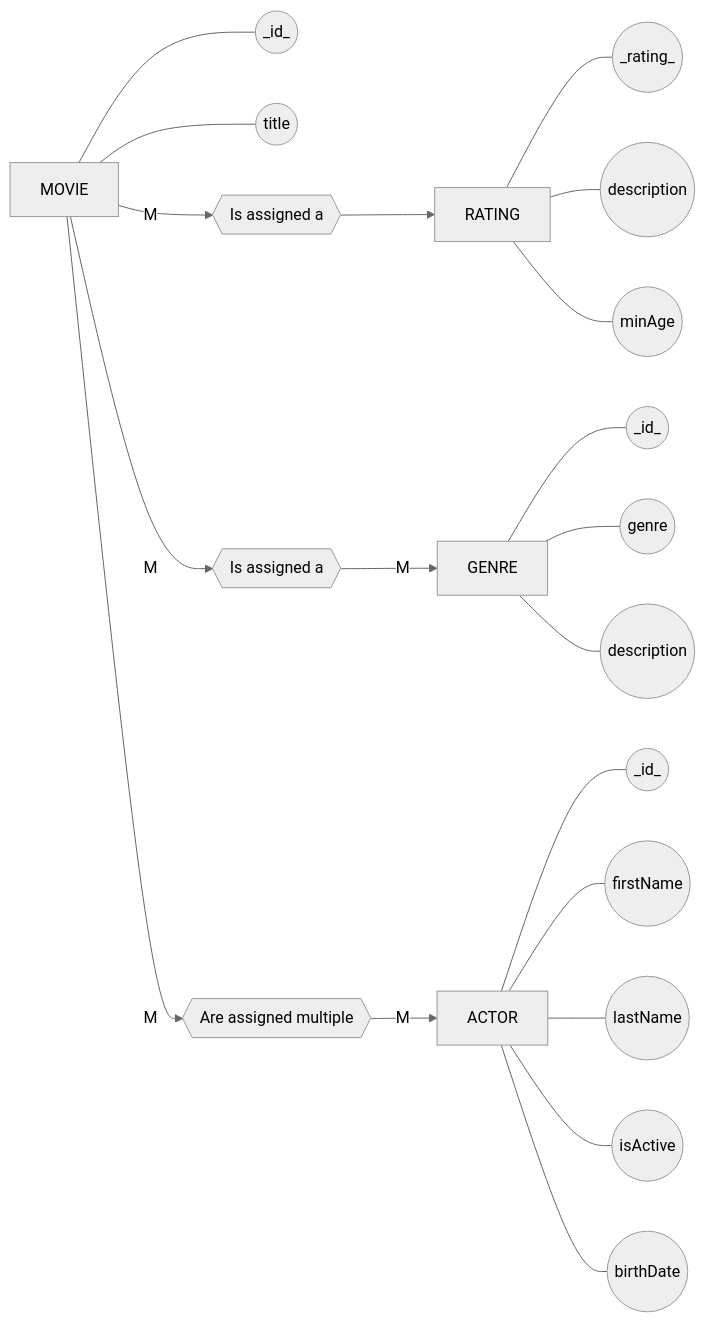
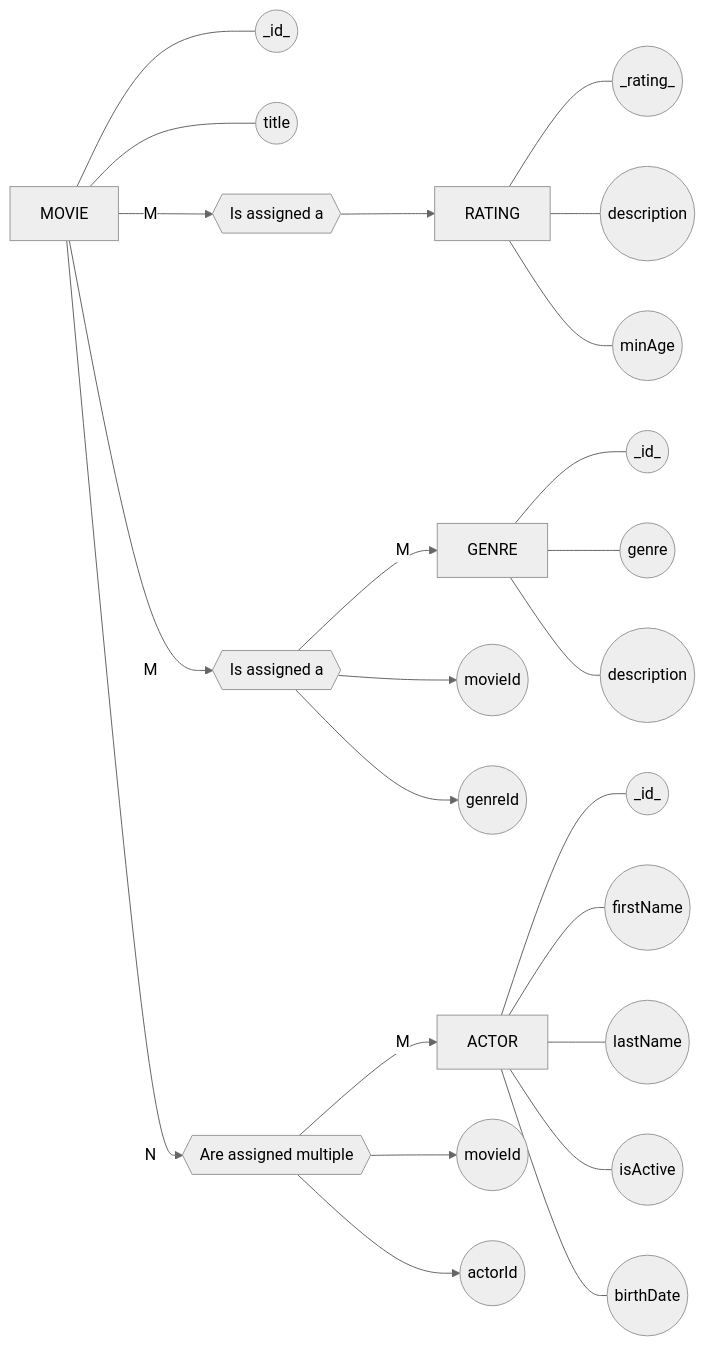
Before and after one commit to tnichols217/notes: the sixth of 6 diagrams in CSDS 341 - Intro to Databases/HW/1/Tables.md, drawn with Mermaid (neutral theme). The commit also changed other lines of this file and 5 other files, not shown here.

````diff
--- a/CSDS 341 - Intro to Databases/HW/1/Tables.md
+++ b/CSDS 341 - Intro to Databases/HW/1/Tables.md
@@ -242,50 +264,54 @@
 ```mermaid
 
 flowchart LR
 
 MOVIE[MOVIE]
 movId((_id_))
 movTitle((title))
 
 MOVIE --- movId
 MOVIE --- movTitle
 
 RATING[RATING]
 ratingRating((_rating_))
 ratingDescription((description))
 ratingMinAge((minAge))
 
 RATING --- ratingRating
 RATING --- ratingDescription
 RATING --- ratingMinAge
 
 GENRE[GENRE]
 genreId((_id_))
 genreGenre((genre))
 genreDescription((description))
 
 GENRE --- genreId
 GENRE --- genreGenre
 GENRE --- genreDescription
 
 ACTOR[ACTOR]
 actorId((_id_))
 actorFirstName((firstName))
 actorLastName((lastName))
 actorIsActive((isActive))
 actorBirthDate((birthDate))
 
 ACTOR --- actorId
 ACTOR --- actorFirstName
 ACTOR --- actorLastName
 ACTOR --- actorIsActive
 ACTOR --- actorBirthDate
 
 ageRating{{"Is assigned a"}}
 genre{{"Is assigned a"}}
 actors{{"Are assigned multiple"}}
 
 MOVIE --"M"--> ageRating --> RATING
 MOVIE --"M"--> genre --"M"--> GENRE
-MOVIE --"M"--> actors --"M"--> ACTOR
+genre --> movieId((movieId))
+genre --> genreId1((genreId))
+MOVIE --"N"--> actors --"M"--> ACTOR
+actors --> movieId1((movieId))
+actors --> actorId1((actorId))
 ```
````
